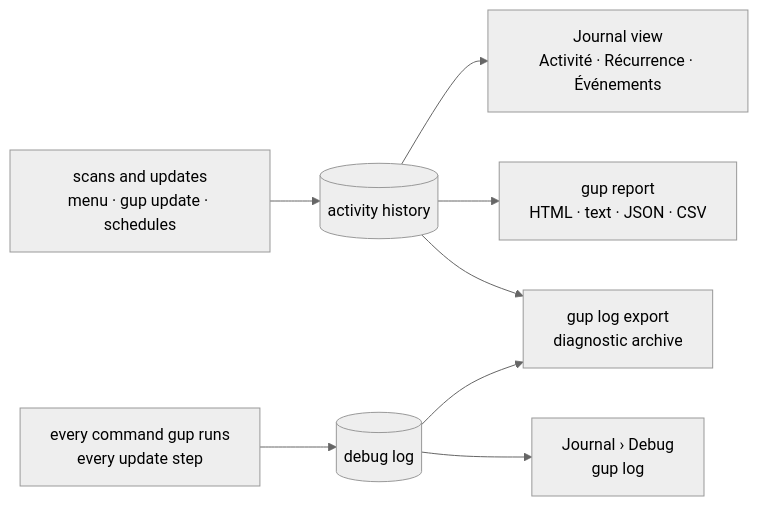
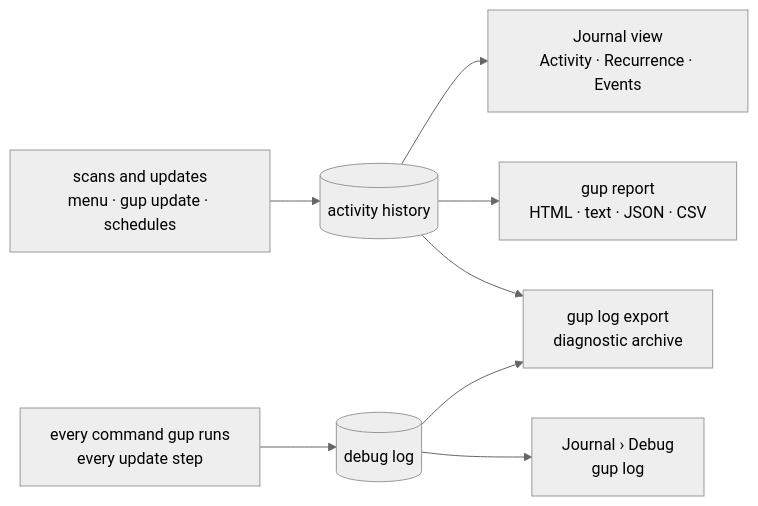
Before and after one commit to LINDECKER-Charles/gup: the diagram in docs/guide/journal-and-reports.md, drawn with Mermaid (neutral theme). The commit also changed other lines of this file and 12 other files, not shown here.

````diff
--- a/docs/guide/journal-and-reports.md
+++ b/docs/guide/journal-and-reports.md
@@ -15,9 +15,9 @@
 ```mermaid
 flowchart LR
     Scans["scans and updates<br/>menu · gup update · schedules"] --> Hist[("activity history")]
     Steps["every command gup runs<br/>every update step"] --> Log[("debug log")]
-    Hist --> Journal["Journal view<br/>Activité · Récurrence · Événements"]
+    Hist --> Journal["Journal view<br/>Activity · Recurrence · Events"]
     Hist --> Report["gup report<br/>HTML · text · JSON · CSV"]
     Log --> Debug["Journal › Debug<br/>gup log"]
     Hist & Log --> Zip["gup log export<br/>diagnostic archive"]
 ```
````
